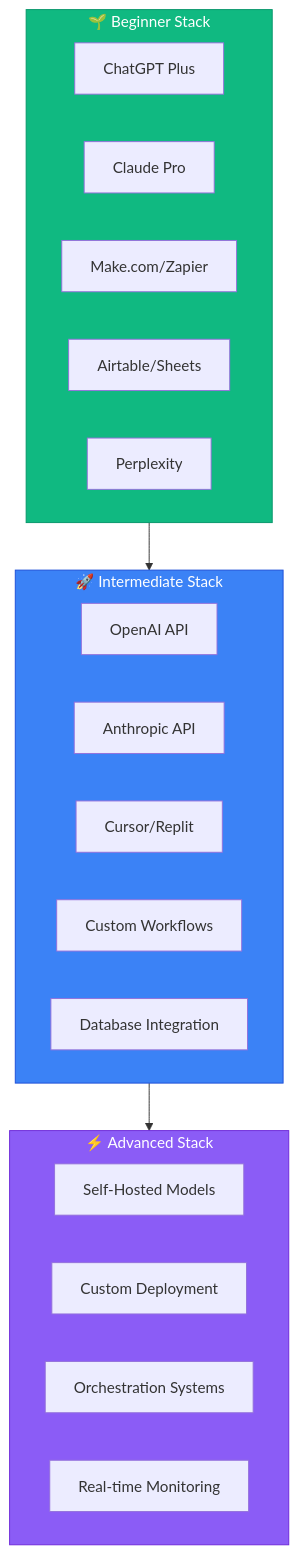
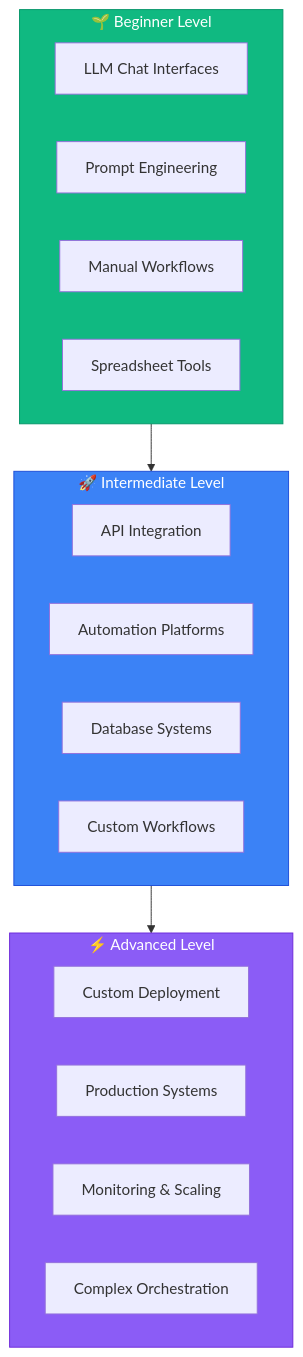
Before and after one commit to cswin10/AI-Academy-: the third of 3 diagrams in content/modules/01-foundations.md, drawn with Mermaid. The commit also changed other lines of this file, not shown here.

````diff
--- a/content/modules/01-foundations.md
+++ b/content/modules/01-foundations.md
@@ -210,32 +216,30 @@
 ```mermaid
 graph TD
-    subgraph Beginner["🌱 Beginner Stack"]
-        A1[ChatGPT Plus]
-        A2[Claude Pro]
-        A3[Make.com/Zapier]
-        A4[Airtable/Sheets]
-        A5[Perplexity]
+    subgraph Beginner["🌱 Beginner Level"]
+        A1[LLM Chat Interfaces]
+        A2[Prompt Engineering]
+        A3[Manual Workflows]
+        A4[Spreadsheet Tools]
     end
 
-    subgraph Intermediate["🚀 Intermediate Stack"]
-        B1[OpenAI API]
-        B2[Anthropic API]
-        B3[Cursor/Replit]
+    subgraph Intermediate["🚀 Intermediate Level"]
+        B1[API Integration]
+        B2[Automation Platforms]
+        B3[Database Systems]
         B4[Custom Workflows]
-        B5[Database Integration]
     end
 
-    subgraph Advanced["⚡ Advanced Stack"]
-        C1[Self-Hosted Models]
-        C2[Custom Deployment]
-        C3[Orchestration Systems]
-        C4[Real-time Monitoring]
+    subgraph Advanced["⚡ Advanced Level"]
+        C1[Custom Deployment]
+        C2[Production Systems]
+        C3[Monitoring & Scaling]
+        C4[Complex Orchestration]
     end
 
     Beginner --> Intermediate
     Intermediate --> Advanced
 
     style Beginner fill:#10B981,stroke:#059669,color:#fff
     style Intermediate fill:#3B82F6,stroke:#1D4ED8,color:#fff
     style Advanced fill:#8B5CF6,stroke:#6D28D9,color:#fff
 ```
````
